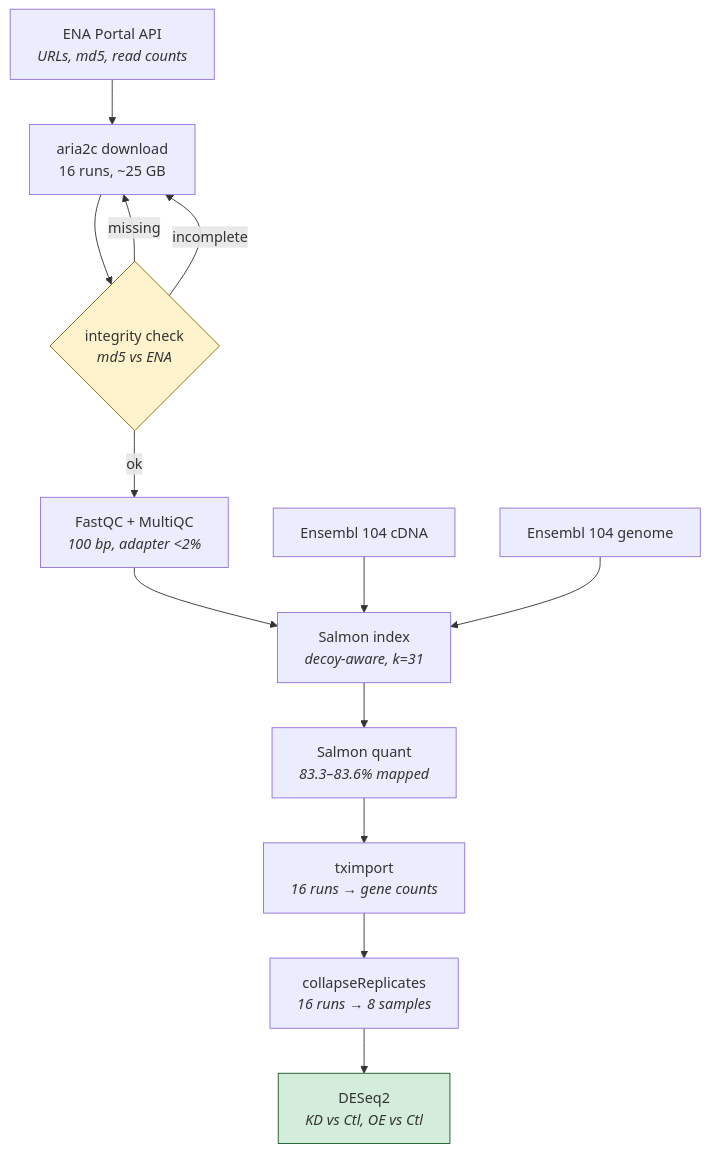
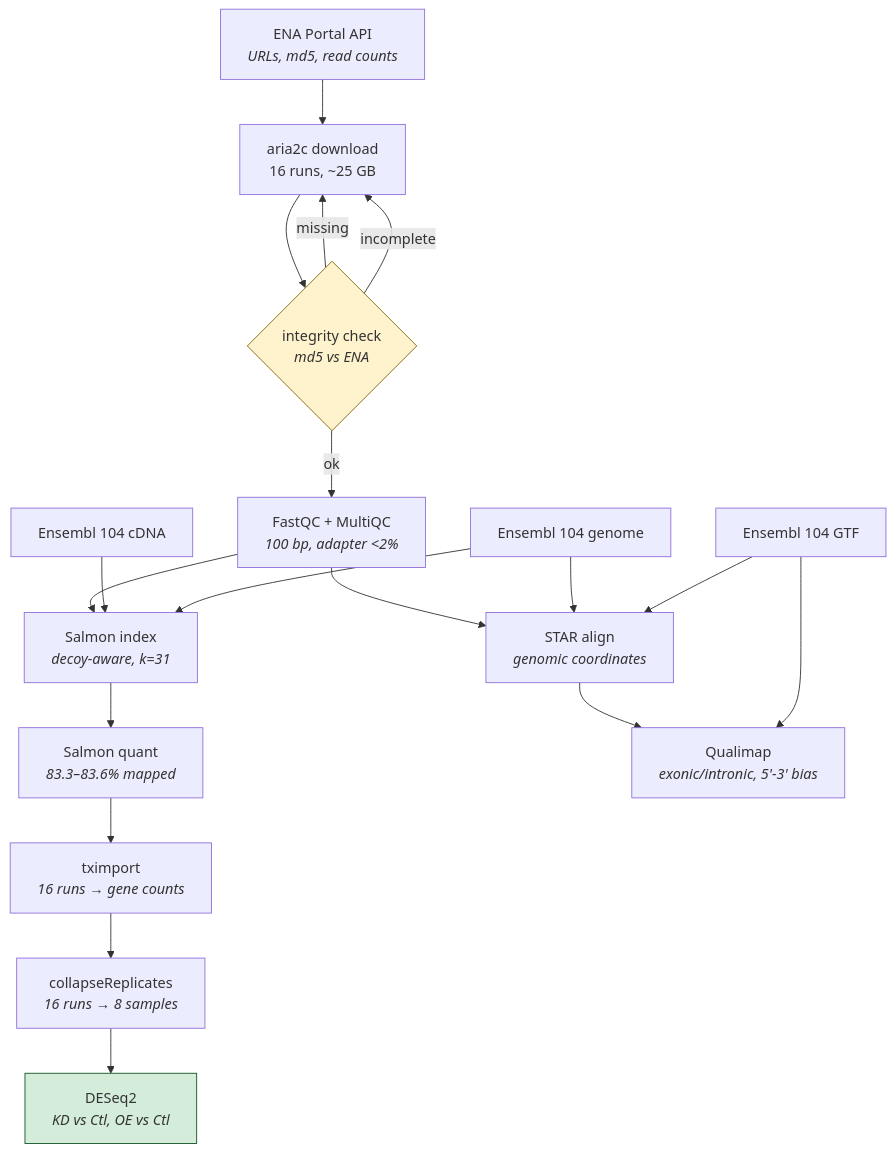
One commit to sgdemicco/rna-seq-training changed the diagram in README.md. Above: the diagram before and after it, drawn with Mermaid. The commit also changed other lines of this file and 327 other files, not shown here.

Commit message:
STAR+qualimap

````diff
--- a/README.md
+++ b/README.md
@@ -11,19 +11,24 @@
 ```mermaid
 graph TD
     A["ENA Portal API<br/><i>URLs, md5, read counts</i>"] --> B["aria2c download<br/>16 runs, ~25 GB"]
     B --> C{"integrity check<br/><i>md5 vs ENA</i>"}
     C -->|missing| B
     C -->|incomplete| B
     C -->|ok| D["FastQC + MultiQC<br/><i>100 bp, adapter &lt;2%</i>"]
     D --> E["Salmon index<br/><i>decoy-aware, k=31</i>"]
     E --> F["Salmon quant<br/><i>83.3–83.6% mapped</i>"]
+    D --> J["STAR align<br/><i>genomic coordinates</i>"]
+    J --> K["Qualimap<br/><i>exonic/intronic, 5'-3' bias</i>"]
     F --> G["tximport<br/><i>16 runs → gene counts</i>"]
     G --> H["collapseReplicates<br/><i>16 runs → 8 samples</i>"]
     H --> I["DESeq2<br/><i>KD vs Ctl, OE vs Ctl</i>"]
 
     R1["Ensembl 104 cDNA"] --> E
     R2["Ensembl 104 genome"] --> E
+    R2 --> J
+    R3["Ensembl 104 GTF"] --> J
+    R3 --> K
 
     style C fill:#fff3cd,stroke:#856404
     style I fill:#d4edda,stroke:#155724
 ```
````
